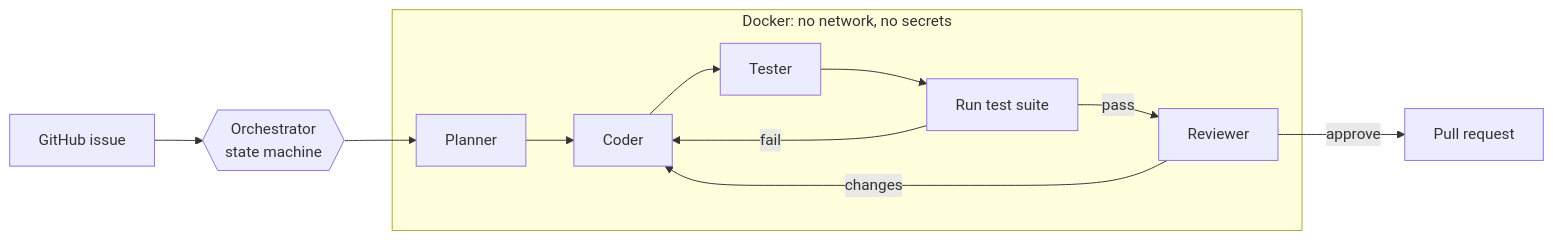
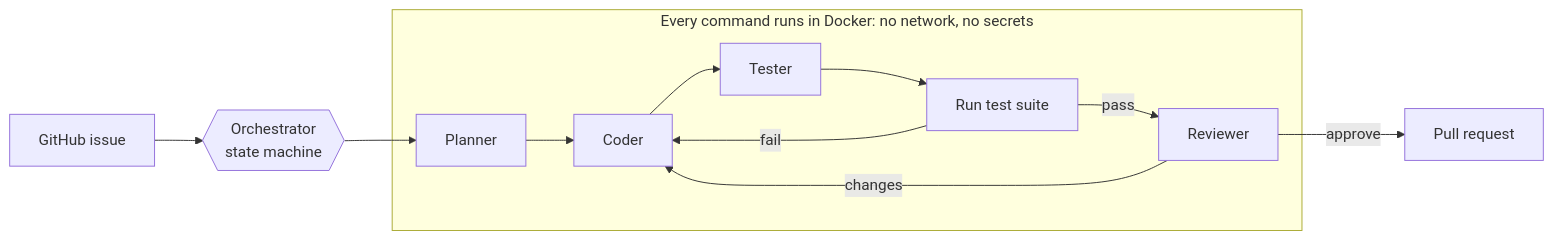
Before and after one commit to Devanshi-cmd/devswarm: the diagram in README.md, drawn with Mermaid. The commit also changed other lines of this file and 1 other file, not shown here.

Commit message:
Clarify what runs inside the sandbox

````diff
--- a/README.md
+++ b/README.md
@@ -20,19 +20,19 @@
 ```mermaid
 flowchart LR
     I[GitHub issue] --> O{{Orchestrator<br/>state machine}}
     O --> P[Planner]
     P --> C[Coder]
     C --> T[Tester]
     T --> V[Run test suite]
     V -- fail --> C
     V -- pass --> R[Reviewer]
     R -- changes --> C
     R -- approve --> PR[Pull request]
-    subgraph Sandbox [Docker: no network, no secrets]
+    subgraph Sandbox ["Every command runs in Docker: no network, no secrets"]
         P
         C
         T
         V
         R
     end
 ```
````
